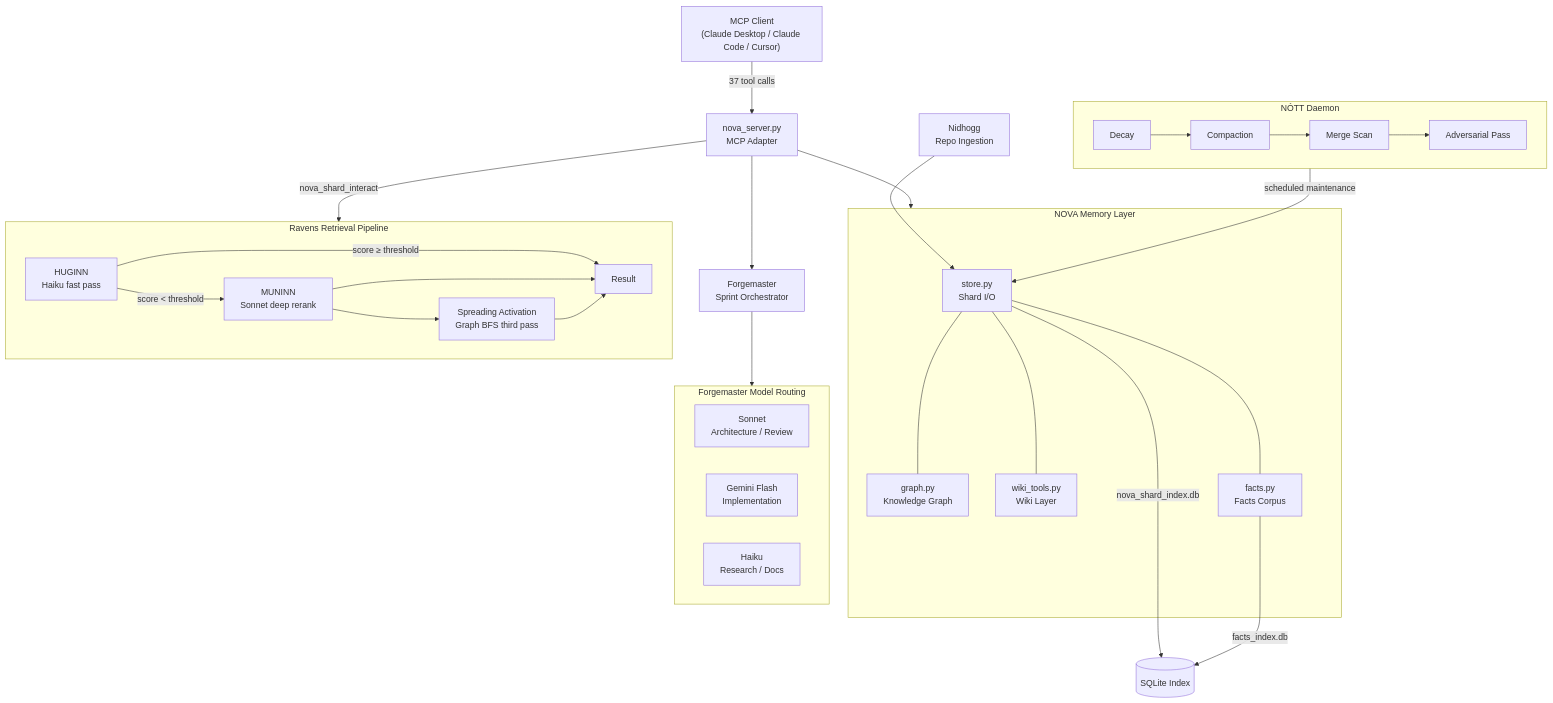
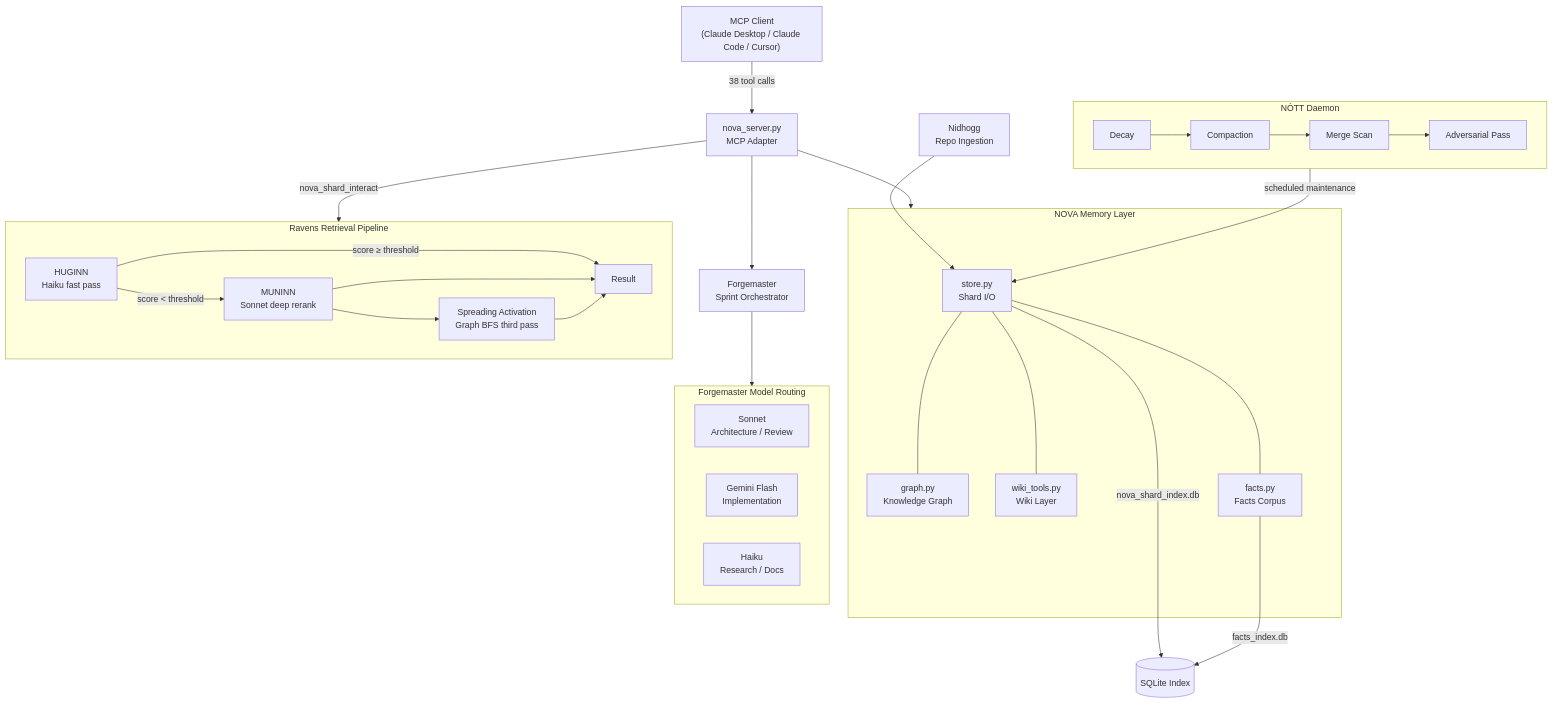
Before and after one commit to Vintersong/NOVA-Cognition-Framework: the diagram in README.md, drawn with Mermaid. The commit also changed other lines of this file and 14 other files, not shown here.

````diff
--- a/README.md
+++ b/README.md
@@ -90,42 +90,42 @@
 ```mermaid
 graph TD
-    A["MCP Client\n(Claude Desktop / Claude Code / Cursor)"] -->|"37 tool calls"| B["nova_server.py\nMCP Adapter"]
+    A["MCP Client\n(Claude Desktop / Claude Code / Cursor)"] -->|"38 tool calls"| B["nova_server.py\nMCP Adapter"]
 
     B --> C
     B -->|"nova_shard_interact"| R
     B --> D
 
     subgraph C["NOVA Memory Layer"]
         C1["store.py\nShard I/O"] --- C2["graph.py\nKnowledge Graph"]
         C1 --- C3["wiki_tools.py\nWiki Layer"]
         C1 --- C4["facts.py\nFacts Corpus"]
     end
 
     C1 -->|"nova_shard_index.db"| E[("SQLite Index")]
     C4 -->|"facts_index.db"| E
 
     subgraph R["Ravens Retrieval Pipeline"]
         R1["HUGINN\nHaiku fast pass"] -->|"score ≥ threshold"| R3["Result"]
         R1 -->|"score < threshold"| R2["MUNINN\nSonnet deep rerank"]
         R2 --> R3
         R2 --> R4["Spreading Activation\nGraph BFS third pass"]
         R4 --> R3
     end
 
     subgraph N["NÓTT Daemon"]
         N1["Decay"] --> N2["Compaction"]
         N2 --> N3["Merge Scan"]
         N3 --> N4["Adversarial Pass"]
     end
 
     N -->|"scheduled maintenance"| C1
     ND["Nidhogg\nRepo Ingestion"] --> C1
 
     subgraph FM["Forgemaster Model Routing"]
         FM1["Sonnet\nArchitecture / Review"]
         FM2["Gemini Flash\nImplementation"]
         FM3["Haiku\nResearch / Docs"]
     end
 
     D["Forgemaster\nSprint Orchestrator"] --> FM
 ```
````
